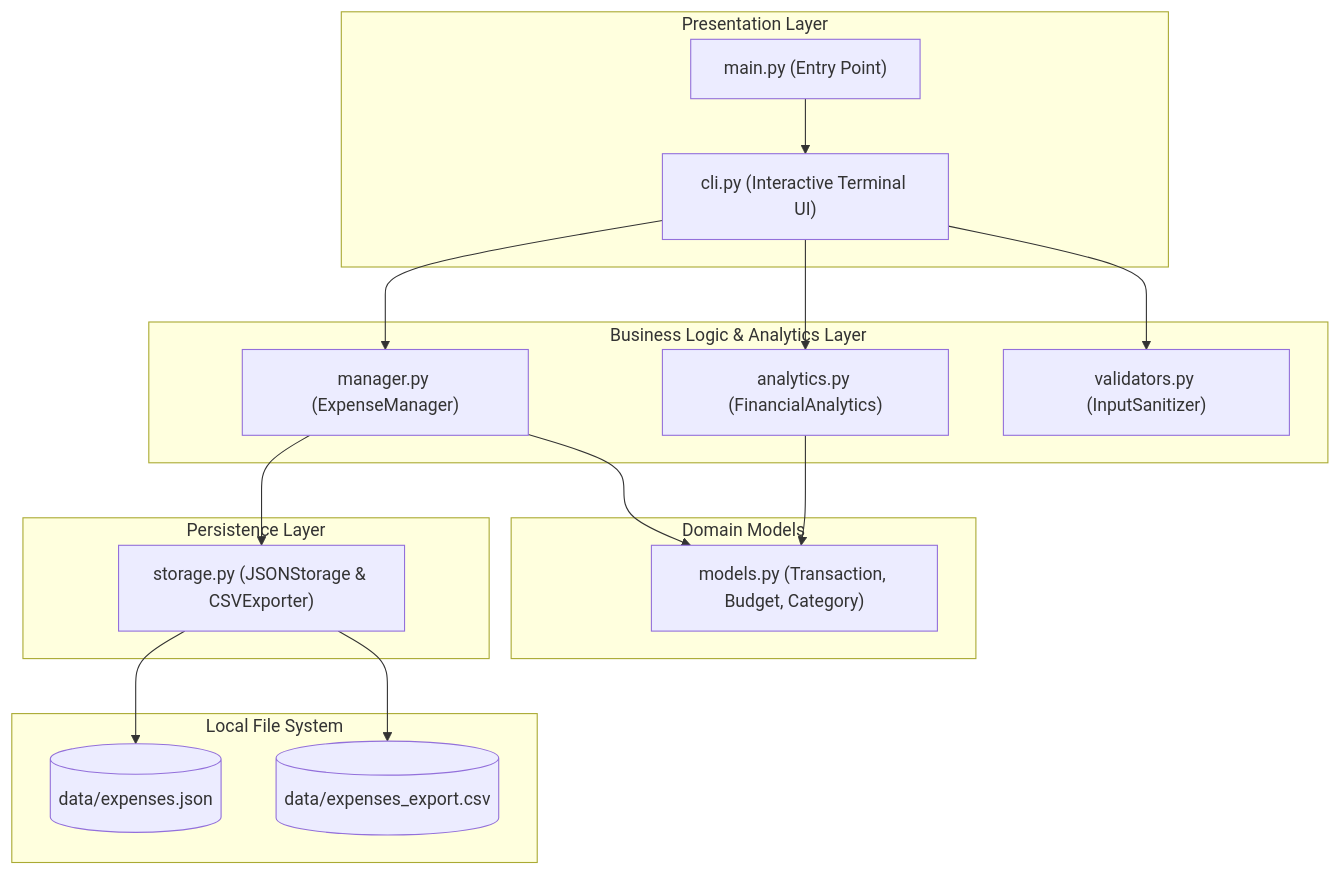
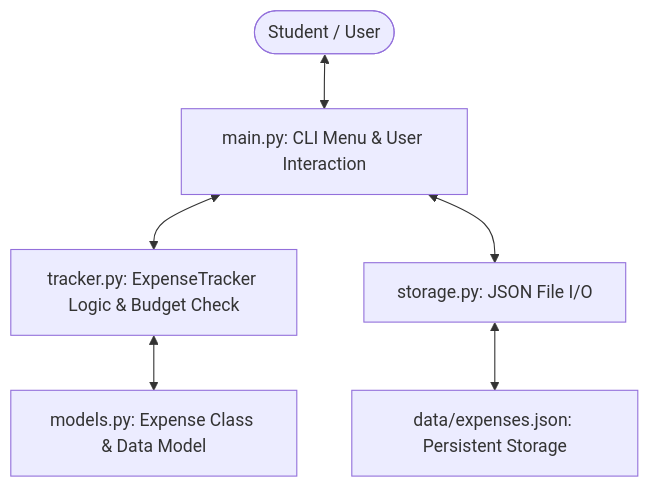
One commit to Aditya26bai10148-creator/student-expense-tracker changed the first of 5 diagrams in PROJECT_REPORT.md. Above: the diagram before and after it, drawn with Mermaid. The commit also changed other lines of this file and 18 other files, not shown here.

Commit message:
Simplify project architecture: concise 4-module design, clean CLI, unit tests, and streamlined report

````diff
--- a/PROJECT_REPORT.md
+++ b/PROJECT_REPORT.md
@@ -118,36 +65,8 @@
 ```mermaid
 flowchart TD
-    subgraph Presentation_Layer [Presentation Layer]
-        Main["main.py (Entry Point)"]
-        CLI["cli.py (Interactive Terminal UI)"]
-    end
-
-    subgraph Business_Logic_Layer [Business Logic & Analytics Layer]
-        Mgr["manager.py (ExpenseManager)"]
-        Analytics["analytics.py (FinancialAnalytics)"]
-        Val["validators.py (InputSanitizer)"]
-    end
-
-    subgraph Data_Model_Layer [Domain Models]
-        Models["models.py (Transaction, Budget, Category)"]
-    end
-
-    subgraph Persistence_Layer [Persistence Layer]
-        Storage["storage.py (JSONStorage & CSVExporter)"]
-    end
-
-    subgraph Disk_Storage [Local File System]
-        JSONFile[("data/expenses.json")]
-        CSVFile[("data/expenses_export.csv")]
-    end
-
-    Main --> CLI
-    CLI --> Mgr
-    CLI --> Analytics
-    CLI --> Val
-    Mgr --> Models
-    Mgr --> Storage
-    Analytics --> Models
-    Storage --> JSONFile
-    Storage --> CSVFile
+    User([Student / User]) <--> Main[main.py: CLI Menu & User Interaction]
+    Main <--> Tracker[tracker.py: ExpenseTracker Logic & Budget Check]
+    Tracker <--> Models[models.py: Expense Class & Data Model]
+    Main <--> Storage[storage.py: JSON File I/O]
+    Storage <--> Disk[data/expenses.json: Persistent Storage]
 ```
````
